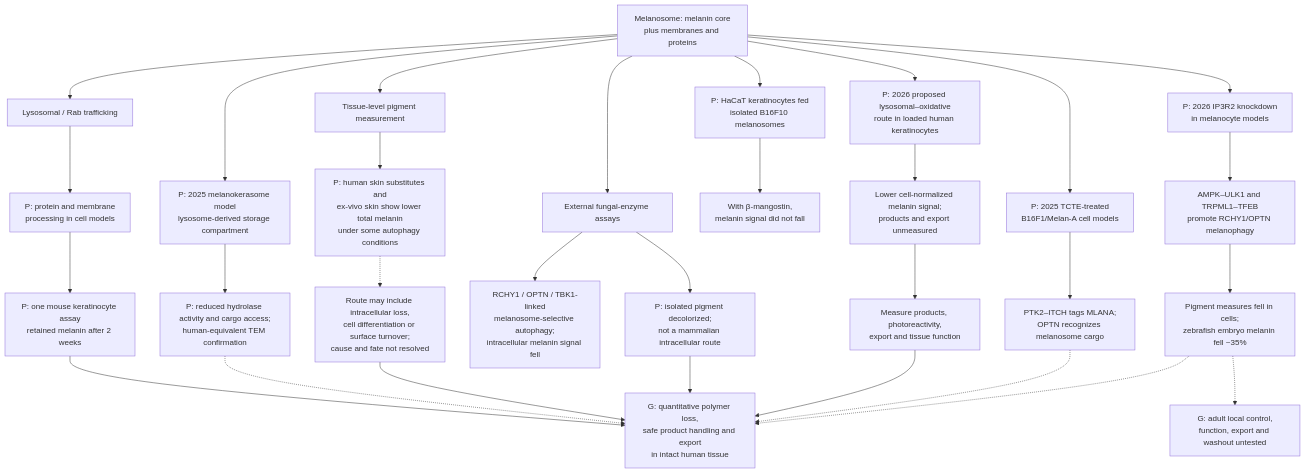
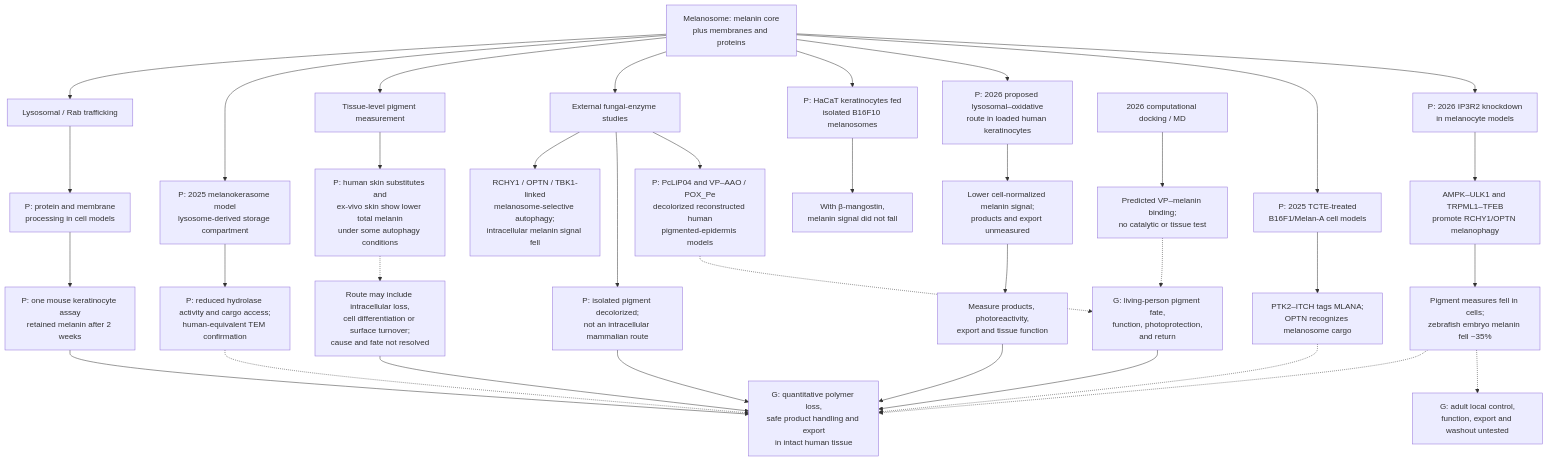
The fourth of 12 diagrams in research/selective-clearance-framework.md (dylanstechmann/iris-color-without-contacts), drawn with Mermaid before and after one commit. The commit also changed other lines of this file, not shown here.

Commit message:
Separate surface enzyme models from intracellular clearance

````diff
--- a/research/selective-clearance-framework.md
+++ b/research/selective-clearance-framework.md
@@ -70,32 +70,37 @@
 ```mermaid
 flowchart TD
     M["Melanosome: melanin core<br/>plus membranes and proteins"] --> L["Lysosomal / Rab trafficking"]
     L --> P["P: protein and membrane<br/>processing in cell models"]
     P --> C["P: one mouse keratinocyte assay<br/>retained melanin after 2 weeks"]
     M --> S["P: 2025 melanokerasome model<br/>lysosome-derived storage compartment"]
     S --> S2["P: reduced hydrolase activity and cargo access;<br/>human-equivalent TEM confirmation"]
     S2 -.-> G["G: quantitative polymer loss,<br/>safe product handling and export<br/>in intact human tissue"]
     M --> T["Tissue-level pigment measurement"]
     T --> E["P: human skin substitutes and<br/>ex-vivo skin show lower total melanin<br/>under some autophagy conditions"]
     E -.-> U["Route may include intracellular loss,<br/>cell differentiation or surface turnover;<br/>cause and fate not resolved"]
     M --> F["P: 2024 melanophagy<br/>in B16F10 melanoma cells"]
     F --> F1["RCHY1 / OPTN / TBK1-linked<br/>melanosome-selective autophagy;<br/>intracellular melanin signal fell"]
     M --> K["P: HaCaT keratinocytes fed<br/>isolated B16F10 melanosomes"]
     K --> K1["With β-mangostin,<br/>melanin signal did not fall"]
     M --> O["P: 2026 proposed lysosomal–oxidative<br/>route in loaded human keratinocytes"]
     O --> R["Lower cell-normalized melanin signal;<br/>products and export unmeasured"]
     R --> B["Measure products, photoreactivity,<br/>export and tissue function"]
     M --> PTK["P: 2025 TCTE-treated<br/>B16F1/Melan-A cell models"]
     PTK --> ITCH["PTK2–ITCH tags MLANA;<br/>OPTN recognizes melanosome cargo"]
     ITCH -.-> G
     M --> I["P: 2026 IP3R2 knockdown<br/>in melanocyte models"]
     I --> IC["AMPK–ULK1 and TRPML1–TFEB<br/>promote RCHY1/OPTN melanophagy"]
     IC --> IR["Pigment measures fell in cells;<br/>zebrafish embryo melanin fell ~35%"]
     IR -.-> G
     IR -.-> IL["G: adult local control,<br/>function, export and washout untested"]
-    F["External fungal-enzyme assays"] --> D["P: isolated pigment decolorized;<br/>not a mammalian intracellular route"]
+    F["External fungal-enzyme studies"] --> D["P: isolated pigment decolorized;<br/>not an intracellular mammalian route"]
+    F --> SK["P: PcLiP04 and VP–AAO / POX_Pe<br/>decolorized reconstructed human<br/>pigmented-epidermis models"]
+    SK -.-> SKG["G: living-person pigment fate,<br/>function, photoprotection,<br/>and return"]
+    DOCK["2026 computational docking / MD"] --> PRED["Predicted VP–melanin binding;<br/>no catalytic or tissue test"]
+    PRED -.-> SKG
     C --> G["G: quantitative polymer loss,<br/>safe product handling and export<br/>in intact human tissue"]
     U --> G
     B --> G
     D --> G
+    SKG --> G
 ```
````
